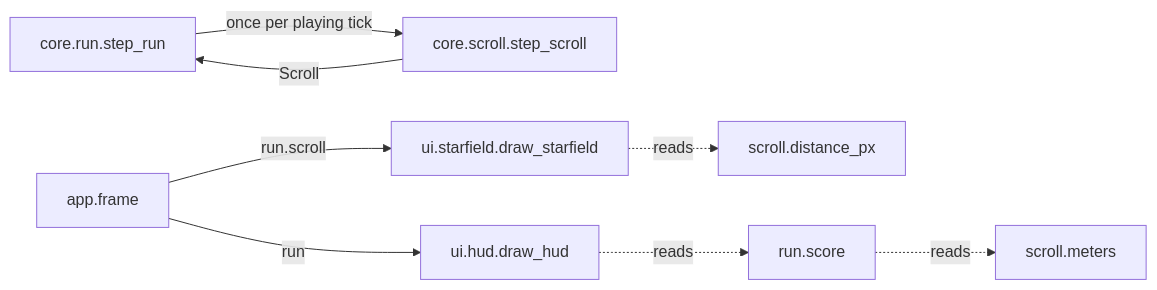
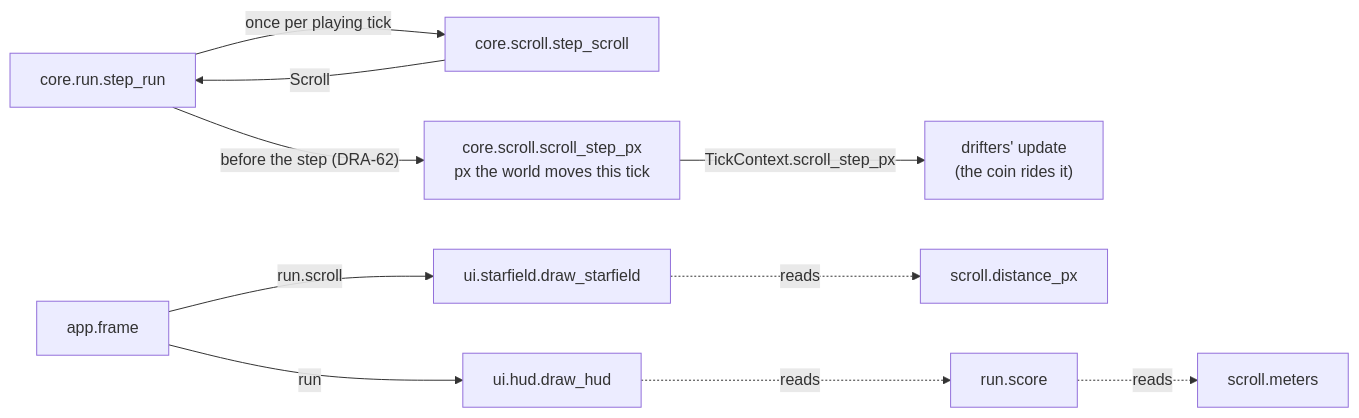
Before and after one commit to david-mntl/driftward-ace: the second of 2 diagrams in docs/contracts/systems/scroll.md, drawn with Mermaid. The commit also changed other lines of this file and 12 other files, not shown here.

Commit message:
docs(contracts): add DRA-62 contracts, coin tuning schema, update app, drifters, run and scroll

````diff
--- a/docs/contracts/systems/scroll.md
+++ b/docs/contracts/systems/scroll.md
@@ -31,10 +32,12 @@
 ```mermaid
 flowchart LR
   RUN["core.run.step_run"] -- "once per playing tick" --> STEP["core.scroll.step_scroll"]
   STEP -- "Scroll" --> RUN
+  RUN -- "before the step (DRA-62)" --> NX["core.scroll.scroll_step_px<br/>px the world moves this tick"]
+  NX -- "TickContext.scroll_step_px" --> DR["drifters' update<br/>(the coin rides it)"]
   APP["app.frame"] -- "run.scroll" --> SF["ui.starfield.draw_starfield"]
   APP -- "run" --> HUD["ui.hud.draw_hud"]
   SF -. reads .-> D["scroll.distance_px"]
   HUD -. reads .-> SC["run.score"]
   SC -. reads .-> M["scroll.meters"]
 ```
````
